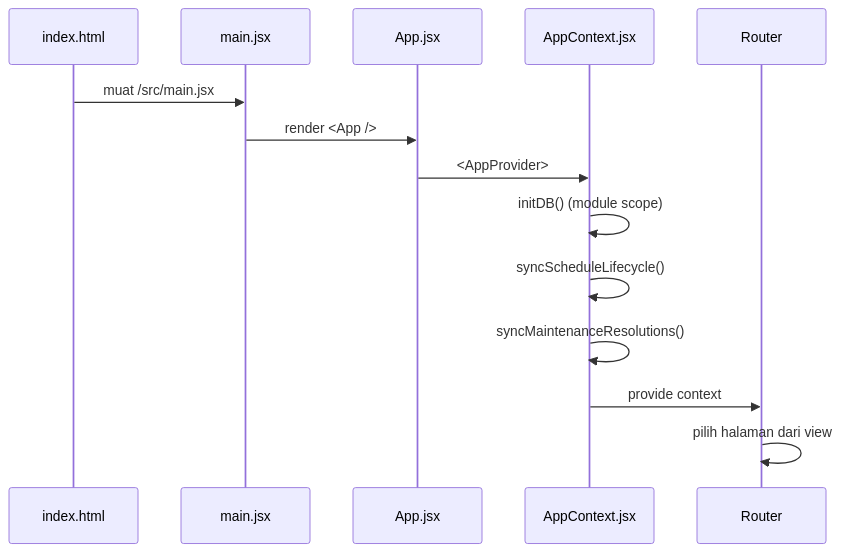
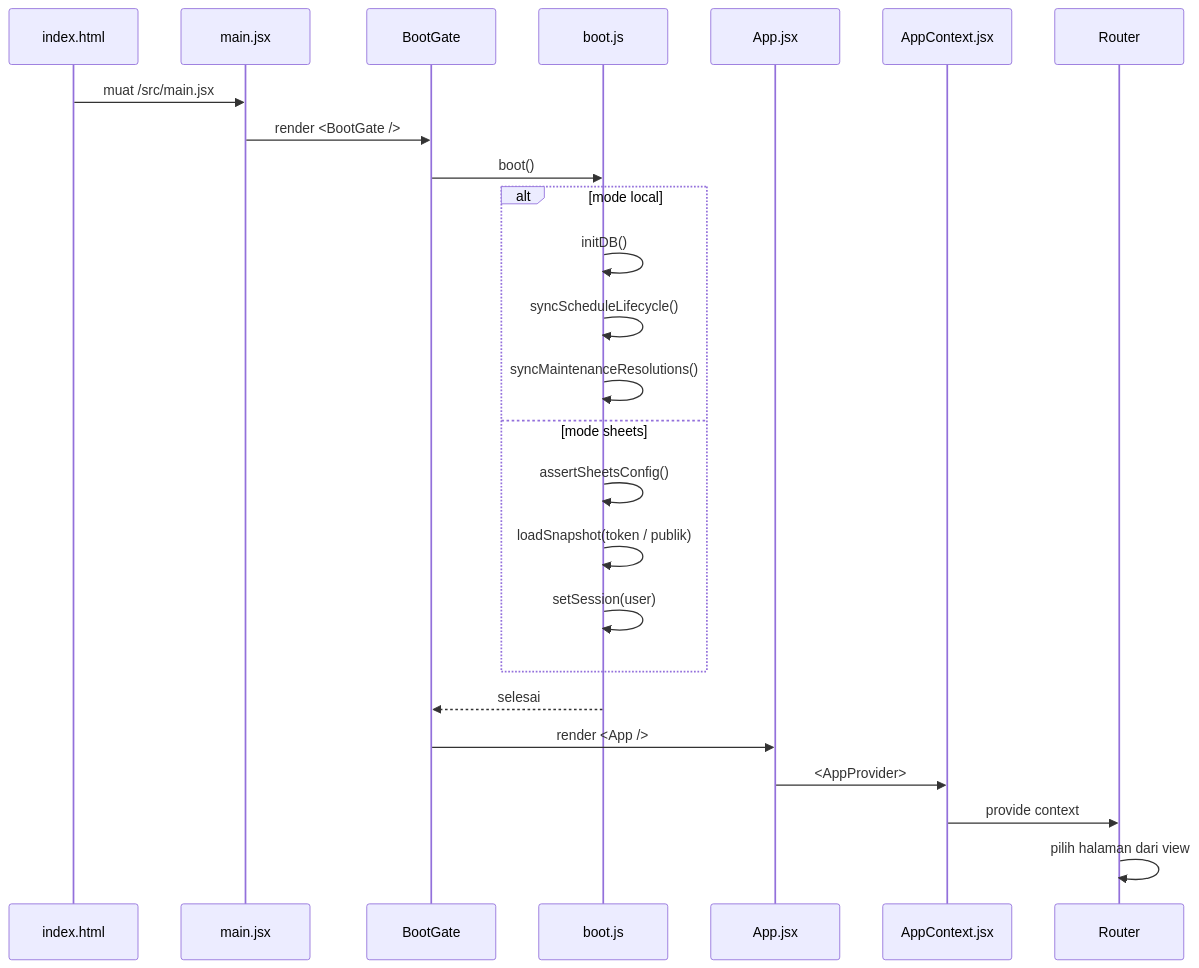
Before and after one commit to mavianandria-dev/Agent-Travel: the diagram in Assist-Agent/02 Arsitektur/Bootstrap dan Provider.md, drawn with Mermaid. The commit also changed other lines of this file and 28 other files, not shown here.

First line of the commit message:
feat: selesaikan mode Google Sheets 1.2.0 dan validasi sync

````diff
--- a/Assist-Agent/02 Arsitektur/Bootstrap dan Provider.md
+++ b/Assist-Agent/02 Arsitektur/Bootstrap dan Provider.md
@@ -20,16 +22,27 @@
 ```mermaid
 sequenceDiagram
   participant HTML as index.html
   participant Main as main.jsx
+  participant Gate as BootGate
+  participant Boot as boot.js
   participant App as App.jsx
   participant Ctx as AppContext.jsx
   participant Router as Router
   HTML->>Main: muat /src/main.jsx
-  Main->>App: render <App />
+  Main->>Gate: render <BootGate />
+  Gate->>Boot: boot()
+  alt mode local
+    Boot->>Boot: initDB()
+    Boot->>Boot: syncScheduleLifecycle()
+    Boot->>Boot: syncMaintenanceResolutions()
+  else mode sheets
+    Boot->>Boot: assertSheetsConfig()
+    Boot->>Boot: loadSnapshot(token / publik)
+    Boot->>Boot: setSession(user)
+  end
+  Boot-->>Gate: selesai
+  Gate->>App: render <App />
   App->>Ctx: <AppProvider>
-  Ctx->>Ctx: initDB() (module scope)
-  Ctx->>Ctx: syncScheduleLifecycle()
-  Ctx->>Ctx: syncMaintenanceResolutions()
   Ctx->>Router: provide context
   Router->>Router: pilih halaman dari view
 ```
````
